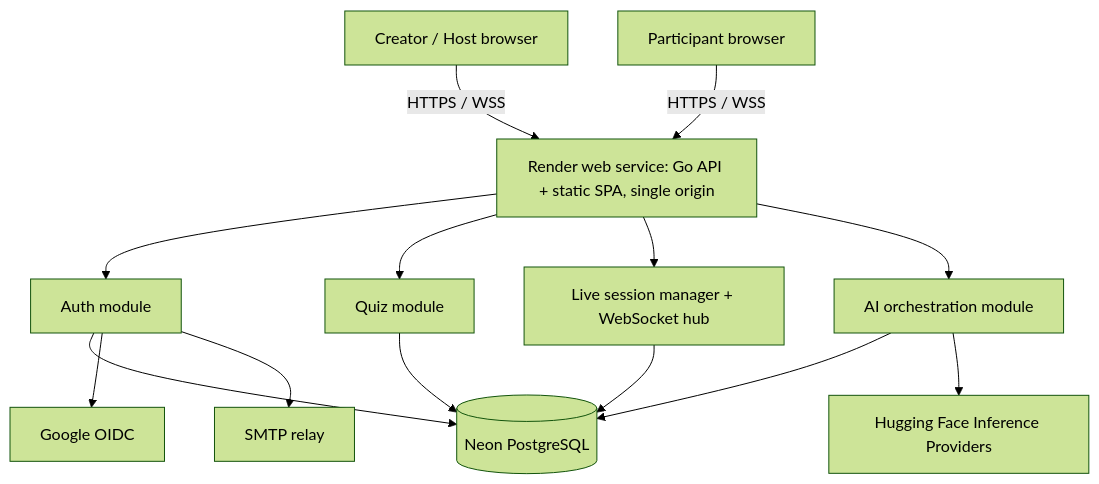
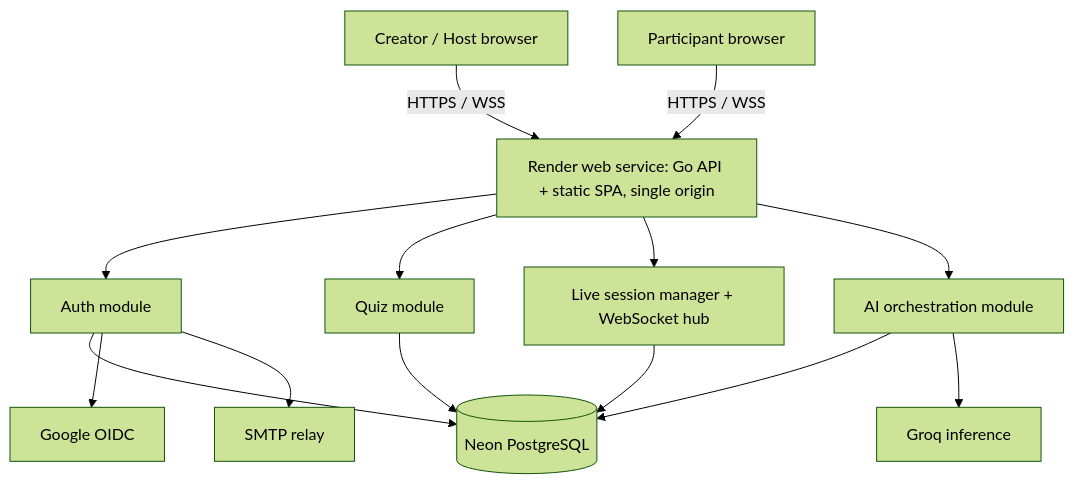
Before and after one commit to mddanish004/Quizmaster: the first of 4 diagrams in docs/SYSTEM_ARCHITECTURE.md, drawn with Mermaid (forest theme). The commit also changed other lines of this file and 10 other files, not shown here.

````diff
--- a/docs/SYSTEM_ARCHITECTURE.md
+++ b/docs/SYSTEM_ARCHITECTURE.md
@@ -9,28 +9,28 @@
 ```mermaid
 flowchart TB
   Creator[Creator / Host browser]
   Guest[Participant browser]
   Render[Render web service: Go API + static SPA, single origin]
   Auth[Auth module]
   Quiz[Quiz module]
   Live[Live session manager + WebSocket hub]
   AI[AI orchestration module]
   DB[(Neon PostgreSQL)]
   Google[Google OIDC]
-  HF[Hugging Face Inference Providers]
+  Groq[Groq inference]
   SMTP[SMTP relay]
 
   Creator -->|HTTPS / WSS| Render
   Guest -->|HTTPS / WSS| Render
   Render --> Auth
   Render --> Quiz
   Render --> Live
   Render --> AI
   Auth --> DB
   Quiz --> DB
   Live --> DB
   AI --> DB
   Auth --> Google
   Auth --> SMTP
-  AI --> HF
+  AI --> Groq
 ```
````
